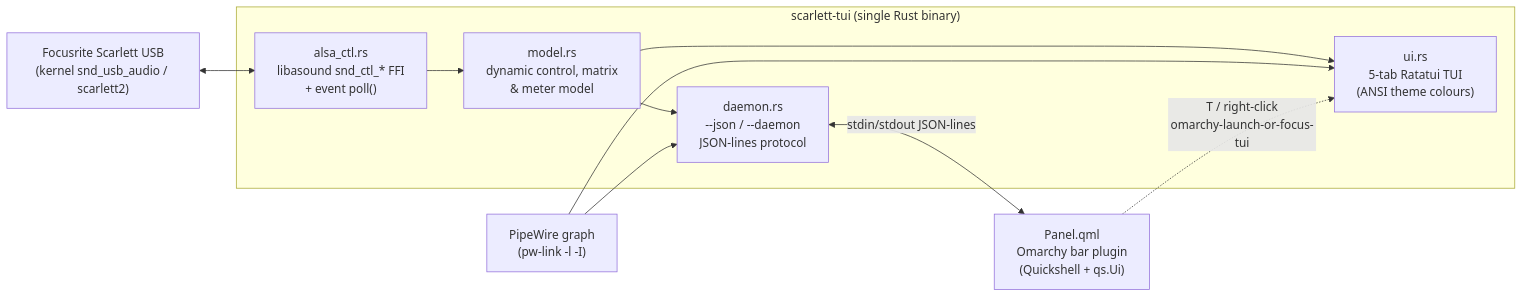
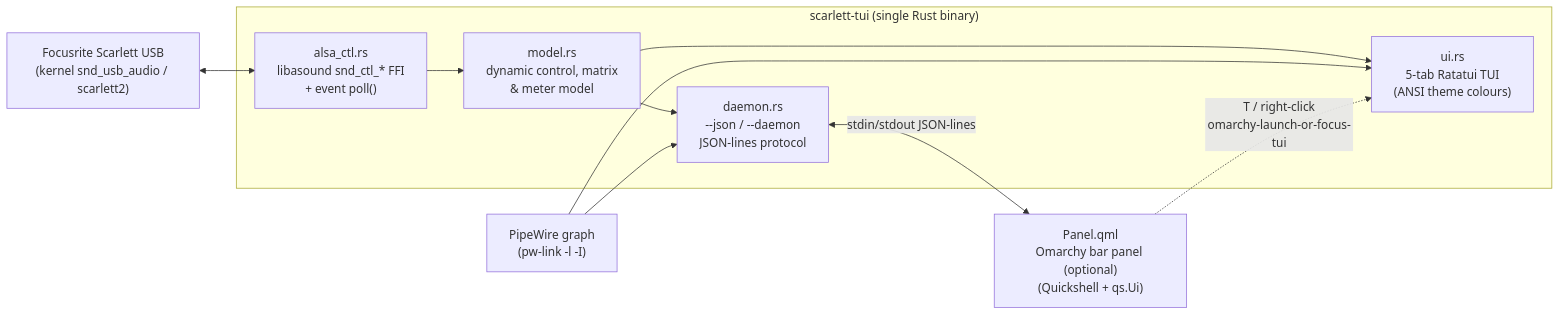
One commit to kinggs/scarlett-tui changed the diagram in README.md. Above: the diagram before and after it, drawn with Mermaid. The commit also changed other lines of this file and 4 other files, not shown here.

````diff
--- a/README.md
+++ b/README.md
@@ -128,23 +143,23 @@
 ```mermaid
 flowchart LR
   hw["Focusrite Scarlett USB\n(kernel snd_usb_audio / scarlett2)"]
   pw["PipeWire graph\n(pw-link -l -I)"]
 
   subgraph bin["scarlett-tui (single Rust binary)"]
     alsa["alsa_ctl.rs\nlibasound snd_ctl_* FFI\n+ event poll()"]
     model["model.rs\ndynamic control, matrix\n& meter model"]
     tui["ui.rs\n5-tab Ratatui TUI\n(ANSI theme colours)"]
     daemon["daemon.rs\n--json / --daemon\nJSON-lines protocol"]
   end
 
-  plugin["Panel.qml\nOmarchy bar plugin\n(Quickshell + qs.Ui)"]
+  plugin["Panel.qml\nOmarchy bar panel (optional)\n(Quickshell + qs.Ui)"]
 
   hw <--> alsa
   alsa --> model
   model --> tui
   model --> daemon
   pw --> tui
   pw --> daemon
   daemon <-->|"stdin/stdout JSON-lines"| plugin
   plugin -. "T / right-click\nomarchy-launch-or-focus-tui" .-> tui
 ```
````
